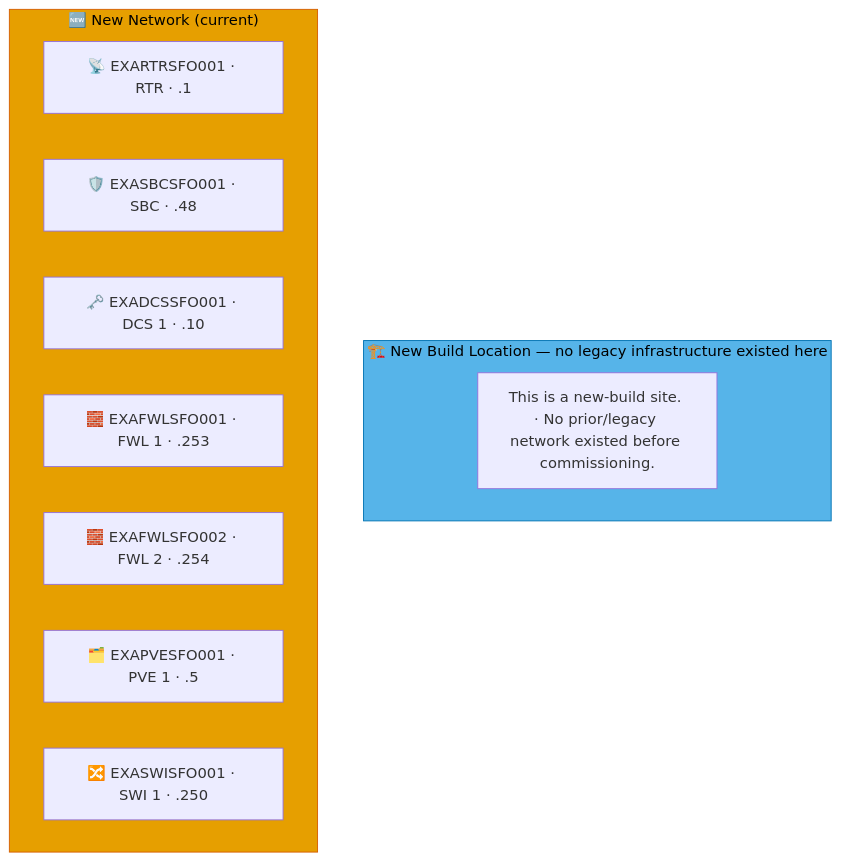
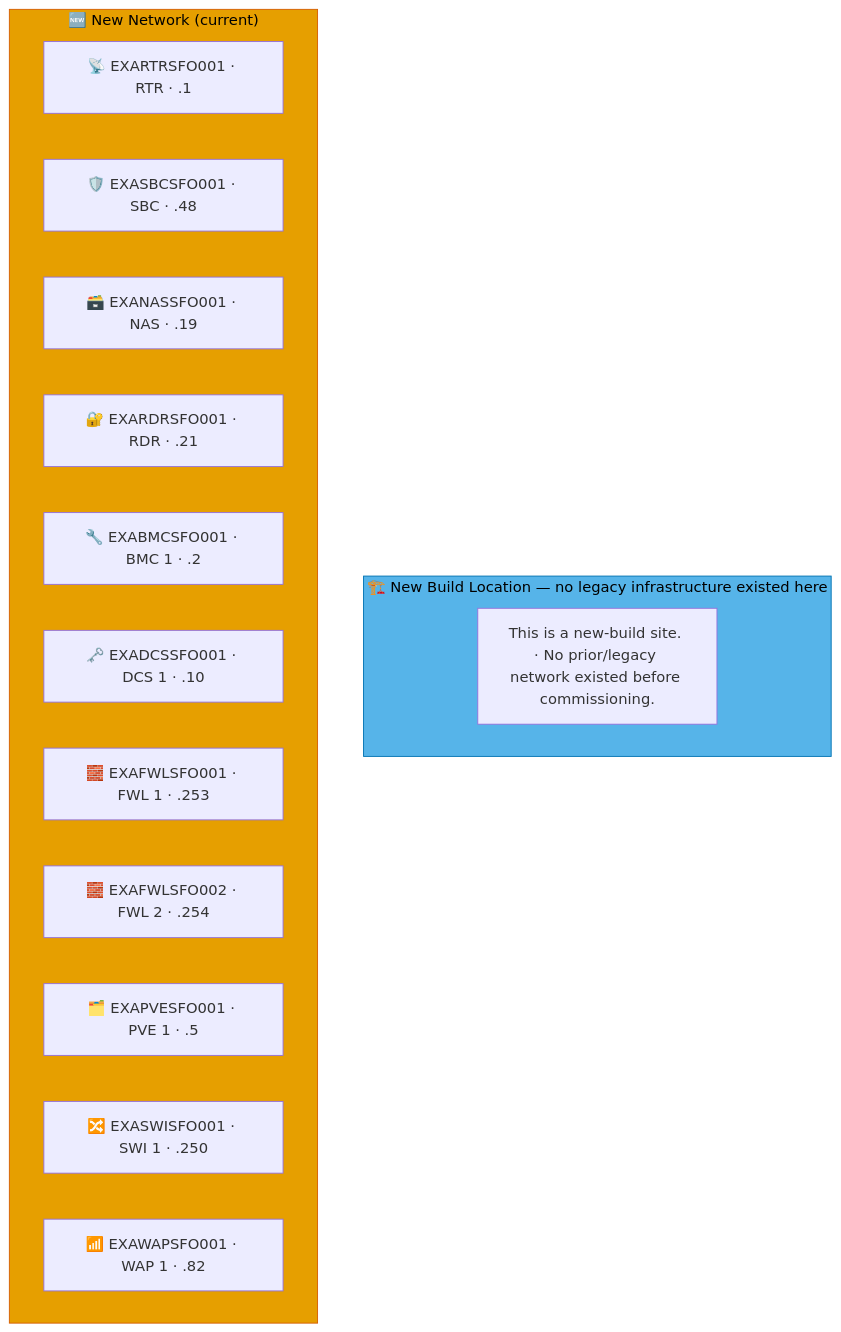
Before and after one commit to knightmare2600/example_music_infra: the eighth of 8 diagrams in docs/network-diagram/united-states.md, drawn with Mermaid. The commit also changed other lines of this file and 15 other files, not shown here.

````diff
--- a/docs/network-diagram/united-states.md
+++ b/docs/network-diagram/united-states.md
@@ -358,19 +386,23 @@
 ```mermaid
 graph TD
     subgraph OLD_SFO ["🏗️ New Build Location — no legacy infrastructure existed here"]
       N_OLD_NOTE["This is a new-build site. · No prior/legacy network existed before commissioning."]
     end
     style OLD_SFO fill:#56B4E9,stroke:#0072B2,color:#000000
     %% GENERATED:NEW-NETWORK:SFO:START
     subgraph NEW_SFO ["🆕 New Network (current)"]
       N_RTR["📡 EXARTRSFO001 · RTR · .1"]
       N_SBC["🛡️ EXASBCSFO001 · SBC · .48"]
+      N_NAS["🗃️ EXANASSFO001 · NAS · .19"]
+      N_RDR["🔐 EXARDRSFO001 · RDR · .21"]
+      N_BMC["🔧 EXABMCSFO001 · BMC 1 · .2"]
       N_DCS["🗝️ EXADCSSFO001 · DCS 1 · .10"]
       N_FWL["🧱 EXAFWLSFO001 · FWL 1 · .253"]
       N_FWL2["🧱 EXAFWLSFO002 · FWL 2 · .254"]
       N_PVE["🗂️ EXAPVESFO001 · PVE 1 · .5"]
       N_SWI["🔀 EXASWISFO001 · SWI 1 · .250"]
+      N_WAP["📶 EXAWAPSFO001 · WAP 1 · .82"]
     end
     style NEW_SFO fill:#E69F00,stroke:#D55E00,color:#000000
     %% GENERATED:NEW-NETWORK:SFO:END
 ```
````
